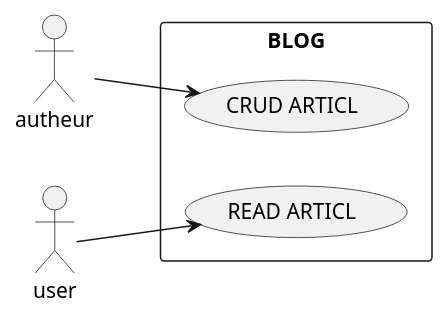
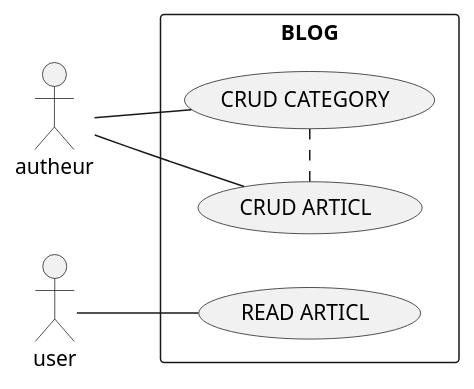
One commit to Cyclops789/solicode-laravel-orm changed the diagram in Analyse/usecase.puml. Above: the diagram before and after it, drawn with PlantUML.

```diff
--- a/Analyse/usecase.puml
+++ b/Analyse/usecase.puml
@@ -1,11 +1,17 @@
-@startuml Blog
+@startuml
 left to right direction
 actor "autheur" as us
 actor "user" as ad
 rectangle BLOG {
+
   usecase "CRUD ARTICL" as UC1
+  usecase "CRUD CATEGORY" as UC3
   usecase "READ ARTICL" as UC2
+
 }
-us --> UC1
-ad --> UC2
+us -- UC1
+us -- UC3
+ad -- UC2
+UC1 . UC3 
+
 @enduml
```
